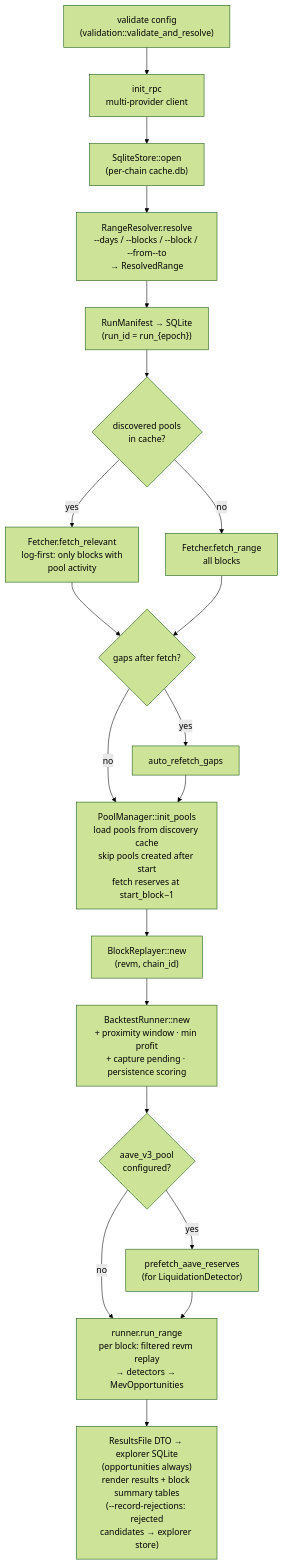
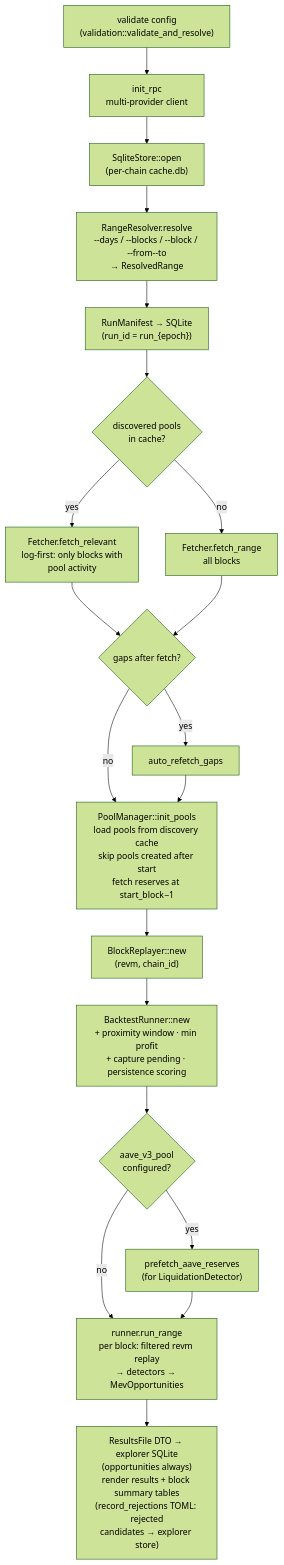
One commit to moha-moradi/mev-scout changed the sixth of 10 diagrams in docs/ARCHITECTURE.md. Above: the diagram before and after it, drawn with Mermaid (forest theme). The commit also changed other lines of this file and 17 other files, not shown here.

````diff
--- a/docs/ARCHITECTURE.md
+++ b/docs/ARCHITECTURE.md
@@ -318,22 +312,22 @@
 ```mermaid
 flowchart TB
     A["validate config<br/>(validation::validate_and_resolve)"] --> B["init_rpc<br/>multi-provider client"]
     B --> C["SqliteStore::open<br/>(per-chain cache.db)"]
     C --> D["RangeResolver.resolve<br/>--days / --blocks / --block / --from--to<br/>→ ResolvedRange"]
     D --> E["RunManifest → SQLite<br/>(run_id = run_{epoch})"]
     E --> F{"discovered pools<br/>in cache?"}
     F -- "yes" --> G["Fetcher.fetch_relevant<br/>log-first: only blocks with<br/>pool activity"]
     F -- "no" --> H["Fetcher.fetch_range<br/>all blocks"]
     G --> I{"gaps after fetch?"}
     H --> I
     I -- yes --> J["auto_refetch_gaps"]
     I -- no --> K
     J --> K["PoolManager::init_pools<br/>load pools from discovery cache<br/>skip pools created after start<br/>fetch reserves at start_block−1"]
     K --> L["BlockReplayer::new<br/>(revm, chain_id)"]
     L --> M["BacktestRunner::new<br/>+ proximity window · min profit<br/>+ capture pending · persistence scoring"]
     M --> N{"aave_v3_pool<br/>configured?"}
     N -- yes --> O["prefetch_aave_reserves<br/>(for LiquidationDetector)"]
     N -- no --> P
     O --> P["runner.run_range<br/>per block: filtered revm replay<br/>→ detectors → MevOpportunities"]
-    P --> Q["ResultsFile DTO → explorer SQLite<br/>(opportunities always)<br/>render results + block summary tables<br/>(--record-rejections: rejected<br/>candidates → explorer store)"]
+    P --> Q["ResultsFile DTO → explorer SQLite<br/>(opportunities always)<br/>render results + block summary tables<br/>(record_rejections TOML: rejected<br/>candidates → explorer store)"]
 ```
````
